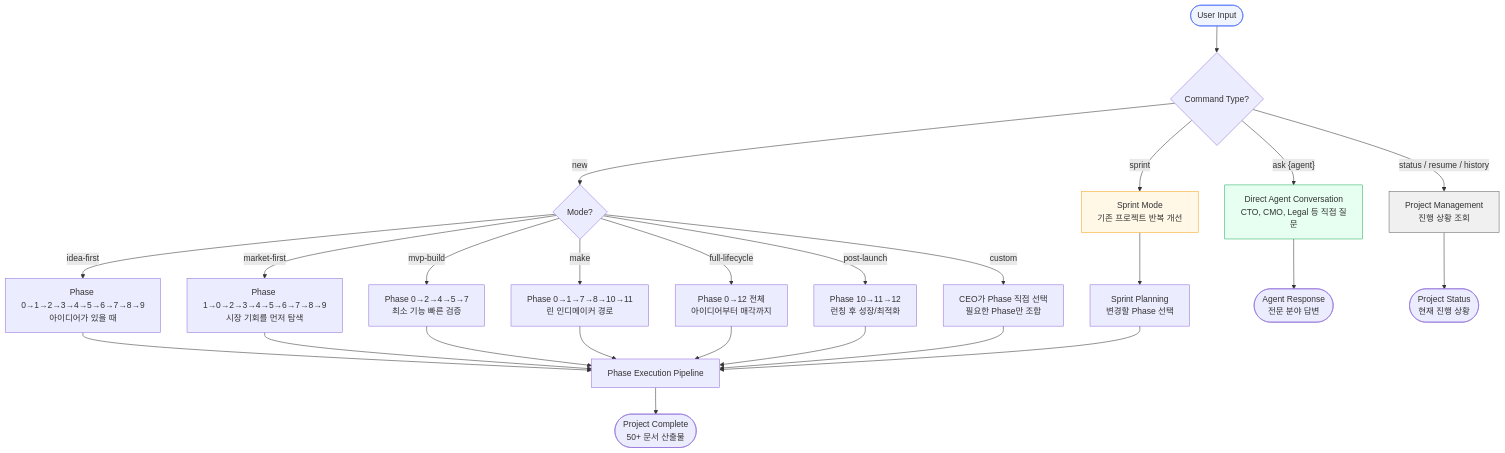
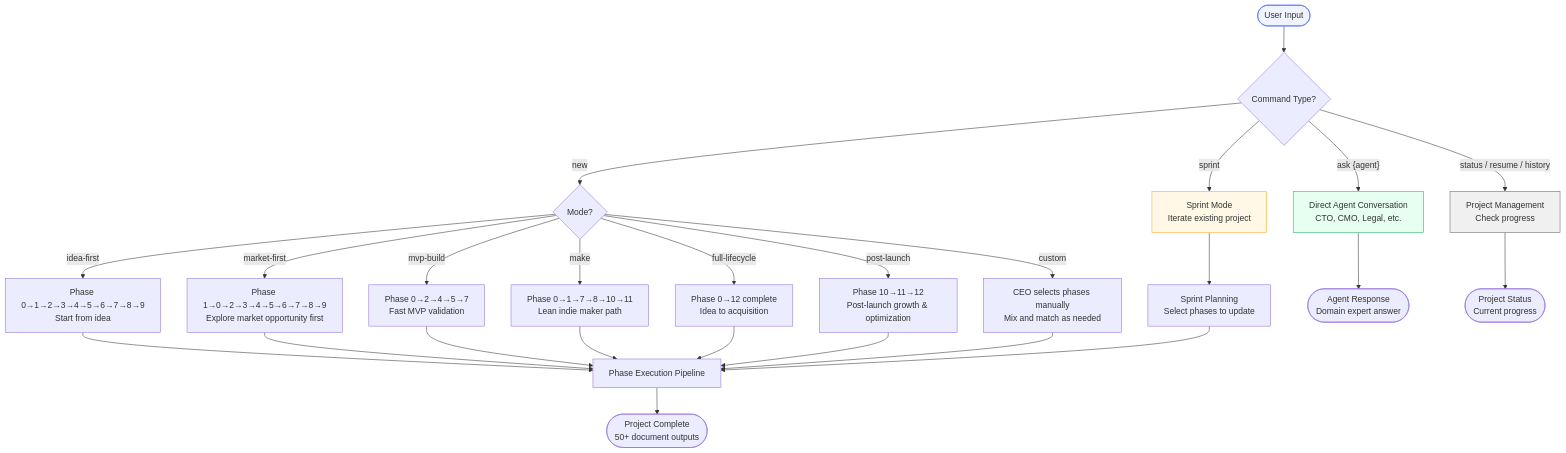
One commit to JayKim88/claude-ai-engineering changed the third of 6 diagrams in plugins/business-avengers/README.md. Above: the diagram before and after it, drawn with Mermaid. The commit also changed other lines of this file and 22 other files, not shown here.

````diff
--- a/plugins/business-avengers/README.md
+++ b/plugins/business-avengers/README.md
@@ -176,29 +176,29 @@
 ```mermaid
 flowchart TD
     A([User Input]) --> B{Command Type?}
 
     B -->|"new"| C{Mode?}
-    B -->|"ask {agent}"| D["Direct Agent Conversation<br/>CTO, CMO, Legal 등 직접 질문"]
-    B -->|"sprint"| E["Sprint Mode<br/>기존 프로젝트 반복 개선"]
-    B -->|"status / resume / history"| F["Project Management<br/>진행 상황 조회"]
+    B -->|"ask {agent}"| D["Direct Agent Conversation<br/>CTO, CMO, Legal, etc."]
+    B -->|"sprint"| E["Sprint Mode<br/>Iterate existing project"]
+    B -->|"status / resume / history"| F["Project Management<br/>Check progress"]
 
-    C -->|idea-first| G["Phase 0→1→2→3→4→5→6→7→8→9<br/>아이디어가 있을 때"]
-    C -->|market-first| H["Phase 1→0→2→3→4→5→6→7→8→9<br/>시장 기회를 먼저 탐색"]
-    C -->|mvp-build| I["Phase 0→2→4→5→7<br/>최소 기능 빠른 검증"]
-    C -->|make| M2["Phase 0→1→7→8→10→11<br/>린 인디메이커 경로"]
-    C -->|full-lifecycle| FL["Phase 0→12 전체<br/>아이디어부터 매각까지"]
-    C -->|post-launch| PL["Phase 10→11→12<br/>런칭 후 성장/최적화"]
-    C -->|custom| J["CEO가 Phase 직접 선택<br/>필요한 Phase만 조합"]
+    C -->|idea-first| G["Phase 0→1→2→3→4→5→6→7→8→9<br/>Start from idea"]
+    C -->|market-first| H["Phase 1→0→2→3→4→5→6→7→8→9<br/>Explore market opportunity first"]
+    C -->|mvp-build| I["Phase 0→2→4→5→7<br/>Fast MVP validation"]
+    C -->|make| M2["Phase 0→1→7→8→10→11<br/>Lean indie maker path"]
+    C -->|full-lifecycle| FL["Phase 0→12 complete<br/>Idea to acquisition"]
+    C -->|post-launch| PL["Phase 10→11→12<br/>Post-launch growth & optimization"]
+    C -->|custom| J["CEO selects phases manually<br/>Mix and match as needed"]
 
     G & H & I & M2 & FL & PL & J --> K["Phase Execution Pipeline"]
-    E --> L["Sprint Planning<br/>변경할 Phase 선택"] --> K
+    E --> L["Sprint Planning<br/>Select phases to update"] --> K
 
-    D --> M(["Agent Response<br/>전문 분야 답변"])
-    F --> N(["Project Status<br/>현재 진행 상황"])
-    K --> O(["Project Complete<br/>50+ 문서 산출물"])
+    D --> M(["Agent Response<br/>Domain expert answer"])
+    F --> N(["Project Status<br/>Current progress"])
+    K --> O(["Project Complete<br/>50+ document outputs"])
 
     style A fill:#f0f4ff,stroke:#4a6cf7
     style D fill:#e6fff0,stroke:#27ae60
     style E fill:#fff8e6,stroke:#f5a623
     style F fill:#f0f0f0,stroke:#666
 ```
````
